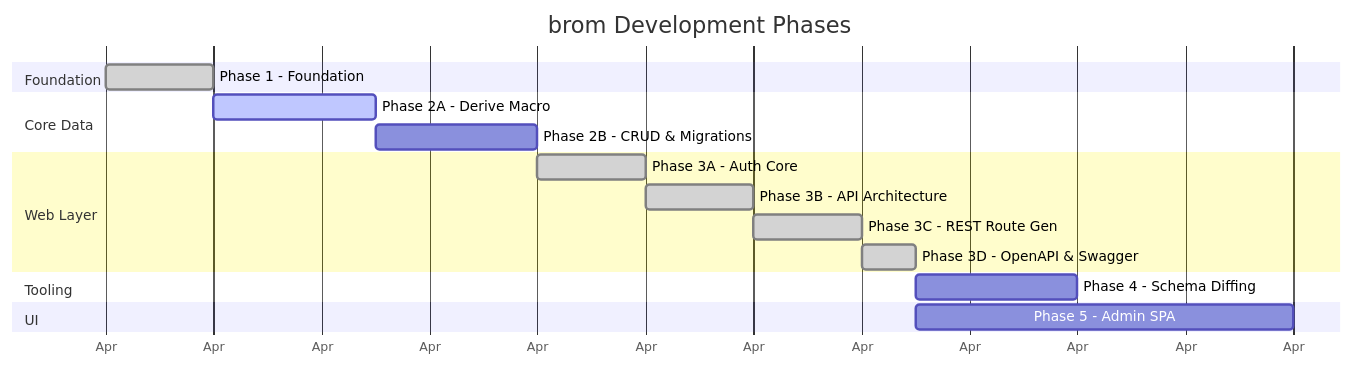
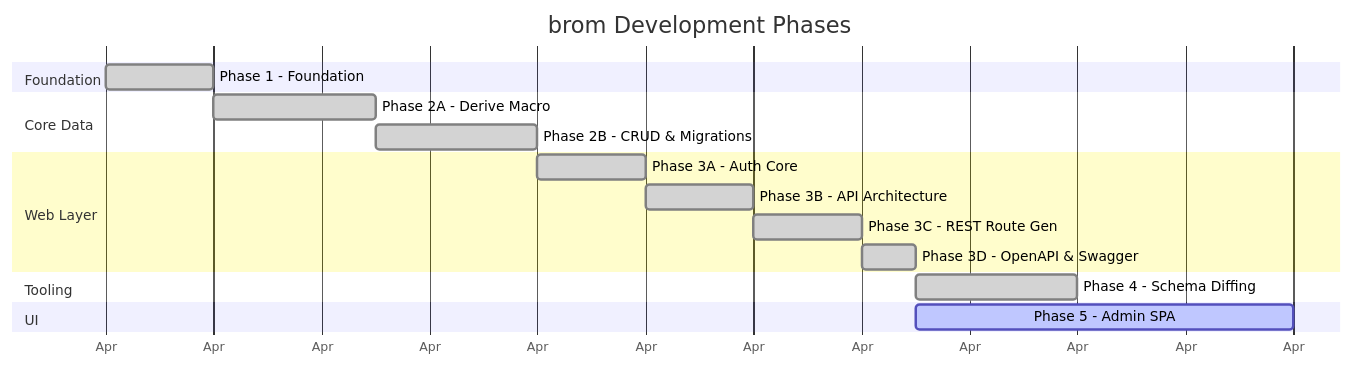
One commit to wends155/brom changed the first of 2 diagrams in roadmap.md. Above: the diagram before and after it, drawn with Mermaid. The commit also changed other lines of this file and 11 other files, not shown here.

````diff
--- a/roadmap.md
+++ b/roadmap.md
@@ -34,25 +34,25 @@
 ```mermaid
 gantt
     title brom Development Phases
     dateFormat YYYY-MM-DD
     axisFormat %b
 
     section Foundation
     Phase 1 - Foundation           :done, p1, 2026-04-01, 2d
 
     section Core Data
-    Phase 2A - Derive Macro        :active, p2a, after p1, 3d
-    Phase 2B - CRUD & Migrations   :p2b, after p2a, 3d
+    Phase 2A - Derive Macro        :done, p2a, after p1, 3d
+    Phase 2B - CRUD & Migrations   :done, p2b, after p2a, 3d
 
     section Web Layer
     Phase 3A - Auth Core           :done, p3a, after p2b, 2d
     Phase 3B - API Architecture    :done, p3b, after p3a, 2d
     Phase 3C - REST Route Gen      :done, p3c, after p3b, 2d
     Phase 3D - OpenAPI & Swagger   :done, p3d, after p3c, 1d
 
     section Tooling
-    Phase 4 - Schema Diffing       :p4, after p3d, 3d
+    Phase 4 - Schema Diffing       :done, p4, after p3d, 3d
 
     section UI
-    Phase 5 - Admin SPA            :p5, after p3d, 7d
+    Phase 5 - Admin SPA            :active, p5, after p3d, 7d
 ```
````
